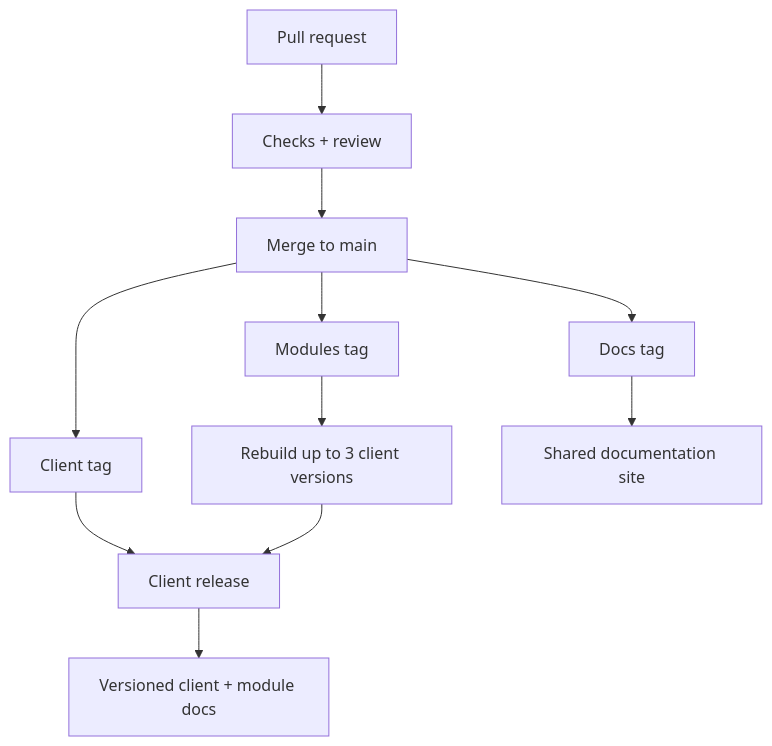
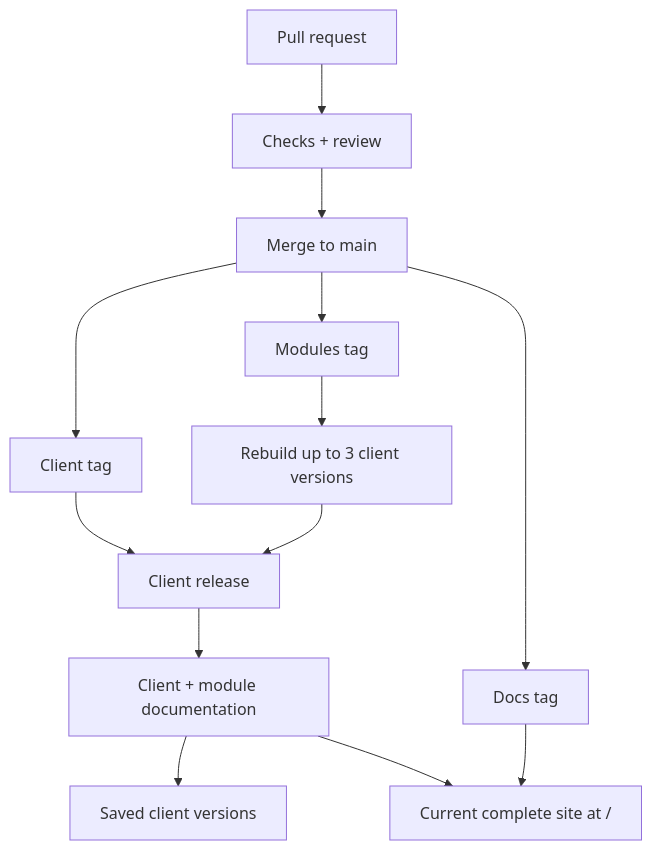
One commit to limanix/docs changed the diagram in docs/pages/releases/index.md. Above: the diagram before and after it, drawn with Mermaid. The commit also changed other lines of this file and 6 other files, not shown here.

````diff
--- a/docs/pages/releases/index.md
+++ b/docs/pages/releases/index.md
@@ -6,14 +6,16 @@
 ```mermaid
 flowchart TD
     accTitle: From a contribution to a release
-    accDescr: After PR checks and merge, a client tag publishes one client version, a modules tag rebuilds existing clients, and a docs tag updates the shared site.
+    accDescr: After PR checks and merge, client and modules releases publish product documentation, and a docs tag updates shared pages and the theme; both paths update one current site while client release snapshots remain available as archives.
     pr["Pull request"] --> checks["Checks + review"] --> merge["Merge to main"]
     merge --> client["Client tag"]
     merge --> modules["Modules tag"]
     merge --> docs["Docs tag"]
     modules --> rebuild["Rebuild up to 3 client versions"]
     client --> release["Client release"]
     rebuild --> release
-    release --> snapshot["Versioned client + module docs"]
-    docs --> site["Shared documentation site"]
+    release --> productdocs["Client + module documentation"]
+    productdocs --> snapshot["Saved client versions"]
+    productdocs --> site["Current complete site at /"]
+    docs --> site
 ```
````
